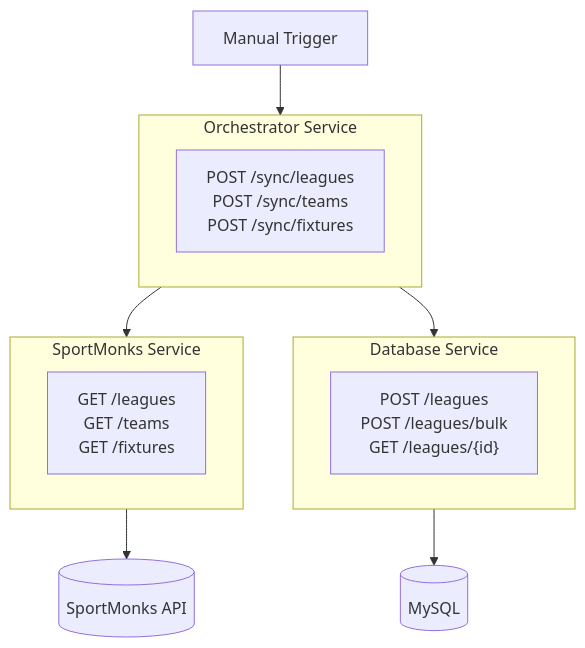
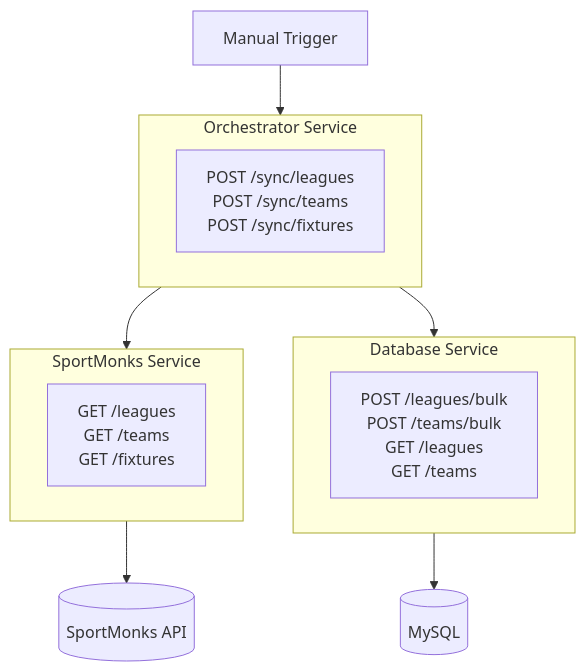
The first of 3 diagrams in README.md (Ewansome/InsightXI), drawn with Mermaid before and after one commit. The commit also changed 22 other files, not shown here.

````diff
--- a/README.md
+++ b/README.md
@@ -19,22 +19,22 @@
 ```mermaid
 flowchart TB
     trigger[Manual Trigger] --> orchestrator
 
     subgraph orchestrator[Orchestrator Service]
         orch_endpoints["POST /sync/leagues<br>POST /sync/teams<br>POST /sync/fixtures"]
     end
 
     orchestrator --> sportmonks
     orchestrator --> database
 
     subgraph sportmonks[SportMonks Service]
         sm_endpoints["GET /leagues<br>GET /teams<br>GET /fixtures"]
     end
 
     subgraph database[Database Service]
-        db_endpoints["POST /leagues<br>POST /leagues/bulk<br>GET /leagues/{id}"]
+        db_endpoints["POST /leagues/bulk<br>POST /teams/bulk<br>GET /leagues<br>GET /teams"]
     end
 
     sportmonks --> api[(SportMonks API)]
     database --> mysql[(MySQL)]
 ```
````
